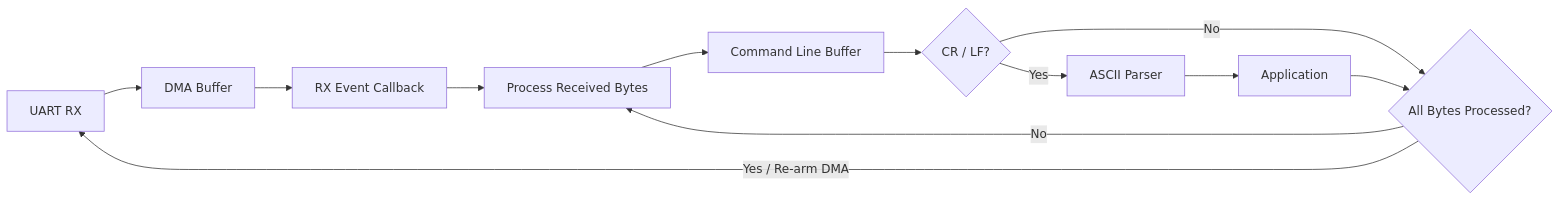
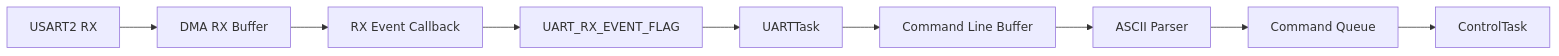
The fourth of 5 diagrams in README.md (John0729/STM32F407-FreeRTOS-Smart-Controller), drawn with Mermaid before and after one commit. The commit also changed other lines of this file and 1 other file, not shown here.

````diff
--- a/README.md
+++ b/README.md
@@ -254,27 +316,22 @@
 ```mermaid
 flowchart LR
 
-    RX[UART RX]
-    DMA[DMA Buffer]
-    EVENT[RX Event Callback]
-    PROCESS[Process Received Bytes]
+    RX[USART2 RX]
+    DMA[DMA RX Buffer]
+    ISR[RX Event Callback]
+    FLAG[UART_RX_EVENT_FLAG]
+    TASK[UARTTask]
     LINE[Command Line Buffer]
-    CHECK{CR / LF?}
     PARSER[ASCII Parser]
-    APP[Application]
-    NEXT{All Bytes Processed?}
+    CMDQ[Command Queue]
+    CONTROL[ControlTask]
 
     RX --> DMA
-    DMA --> EVENT
-    EVENT --> PROCESS
-    PROCESS --> LINE
-    LINE --> CHECK
-
-    CHECK -->|No| NEXT
-    CHECK -->|Yes| PARSER
-    PARSER --> APP
-    APP --> NEXT
-
-    NEXT -->|No| PROCESS
-    NEXT -->|Yes / Re-arm DMA| RX
+    DMA --> ISR
+    ISR --> FLAG
+    FLAG --> TASK
+    TASK --> LINE
+    LINE --> PARSER
+    PARSER --> CMDQ
+    CMDQ --> CONTROL
 ```
````
